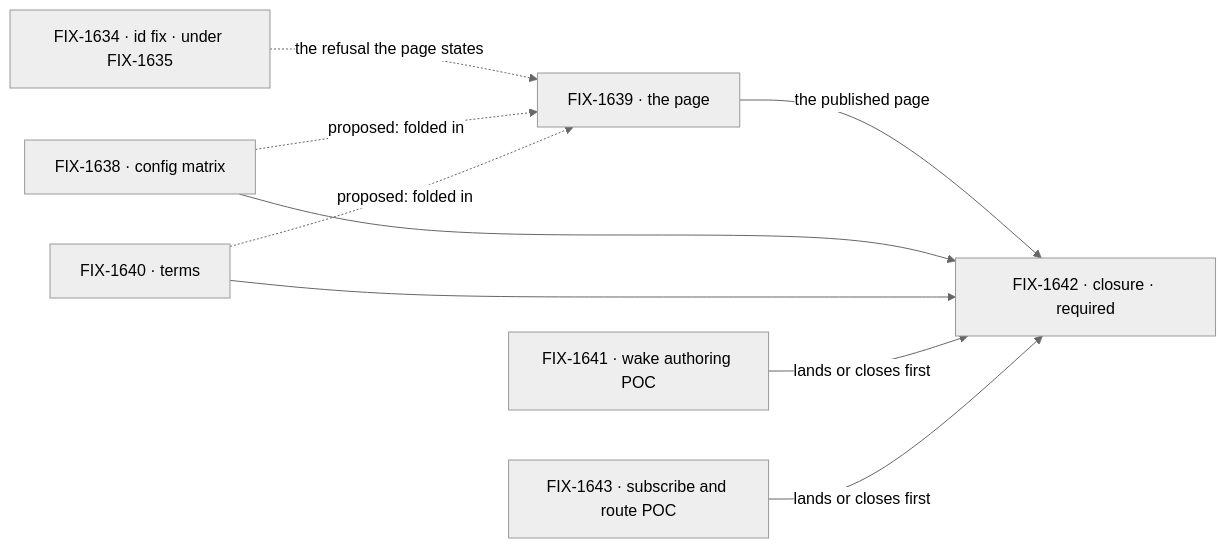
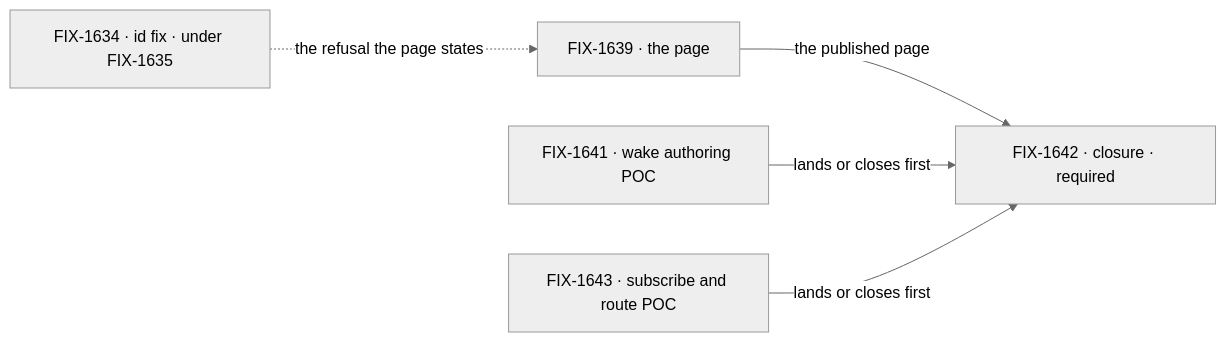
One commit to fixpoint-labs/flow-state-dev changed the second of 2 diagrams in specs/epics/FIX-1637/SPEC.md. Above: the diagram before and after it, drawn with Mermaid (neutral theme). The commit also changed other lines of this file and 8 other files, not shown here.

````diff
--- a/specs/epics/FIX-1637/SPEC.md
+++ b/specs/epics/FIX-1637/SPEC.md
@@ -99,11 +99,7 @@
 ```mermaid
 flowchart LR
   I["FIX-1634 · id fix · under FIX-1635"] -.->|"the refusal the page states"| P["FIX-1639 · the page"]
-  M["FIX-1638 · config matrix"] -.->|"proposed: folded in"| P
-  G["FIX-1640 · terms"] -.->|"proposed: folded in"| P
   P -->|"the published page"| Z["FIX-1642 · closure · required"]
-  M --> Z
-  G --> Z
   E["FIX-1641 · wake authoring POC"] -->|"lands or closes first"| Z
   S["FIX-1643 · subscribe and route POC"] -->|"lands or closes first"| Z
 ```
````
